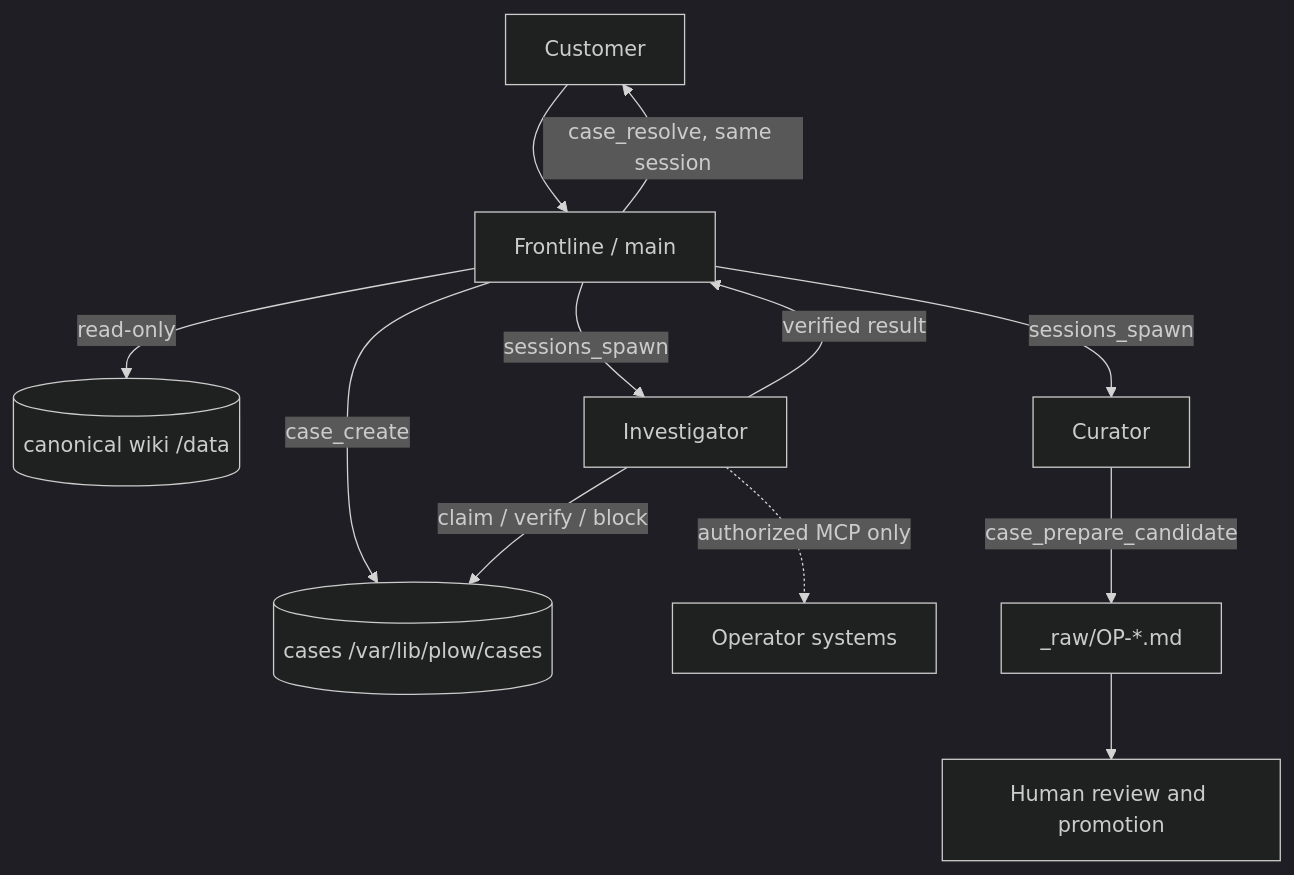
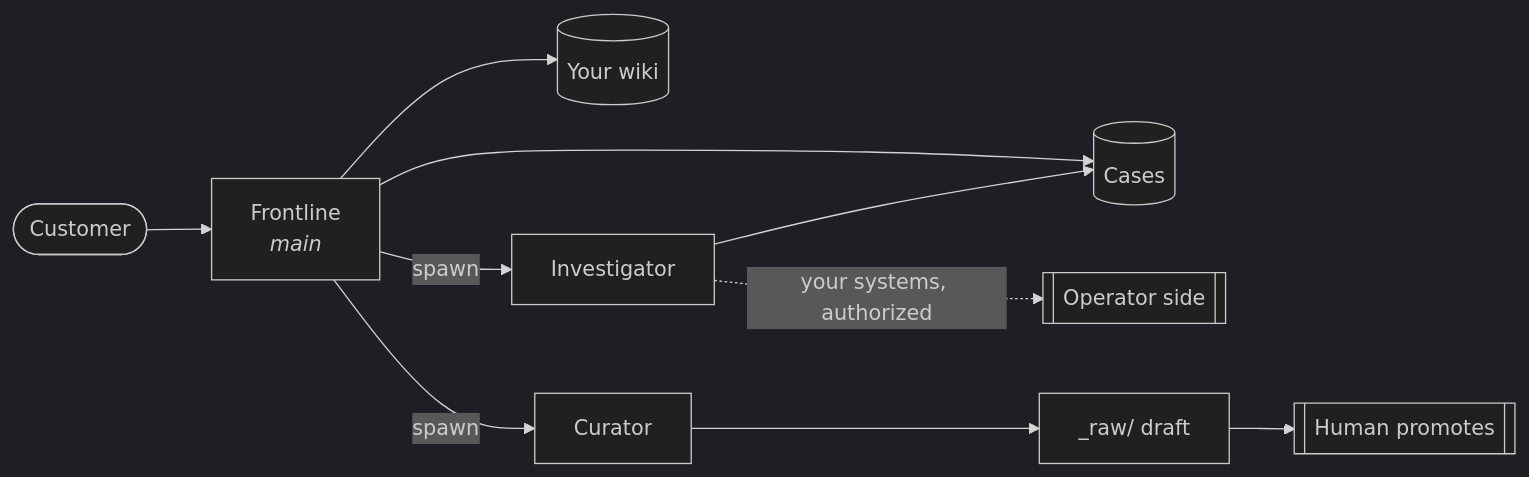
The diagram in docs/adoption.md (kumanaya/openplow), drawn with Mermaid (dark theme) before and after one commit. The commit also changed other lines of this file, not shown here.

````diff
--- a/docs/adoption.md
+++ b/docs/adoption.md
@@ -31,14 +26,12 @@
 ```mermaid
-flowchart TB
-  C[Customer] --> F[Frontline / main]
-  F -->|read-only| W[(canonical wiki /data)]
-  F -->|case_create| S[(cases /var/lib/plow/cases)]
-  F -->|sessions_spawn| I[Investigator]
-  I -->|claim / verify / block| S
-  I -. authorized MCP only .-> E[Operator systems]
-  I -->|verified result| F
-  F -->|case_resolve, same session| C
-  F -->|sessions_spawn| U[Curator]
-  U -->|case_prepare_candidate| R[_raw/OP-*.md]
-  R --> H[Human review and promotion]
+flowchart LR
+  C([Customer]) --> F["Frontline<br/><i>main</i>"]
+  F --> W[("Your wiki")]
+  F --> S[("Cases")]
+  F -->|spawn| I["Investigator"]
+  I --> S
+  I -. "your systems, authorized" .-> E[["Operator side"]]
+  F -->|spawn| U["Curator"]
+  U --> R["_raw/ draft"]
+  R --> H[["Human promotes"]]
 ```
````
